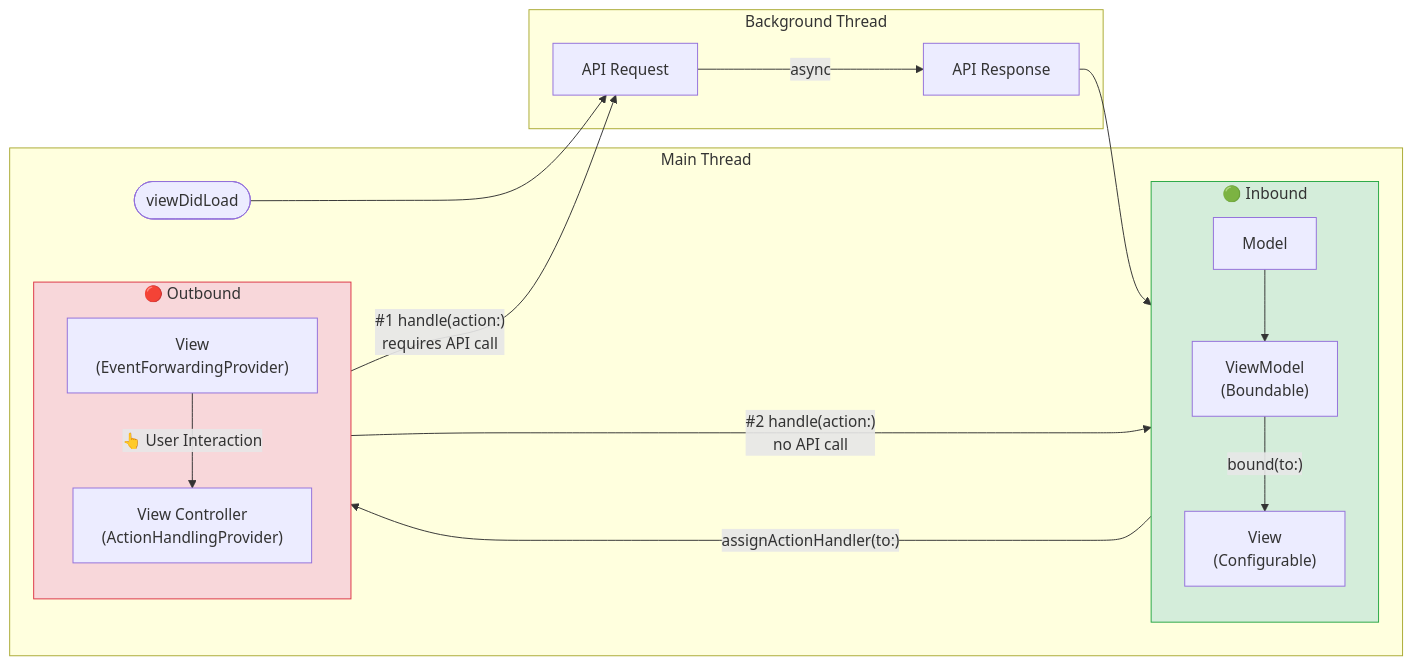
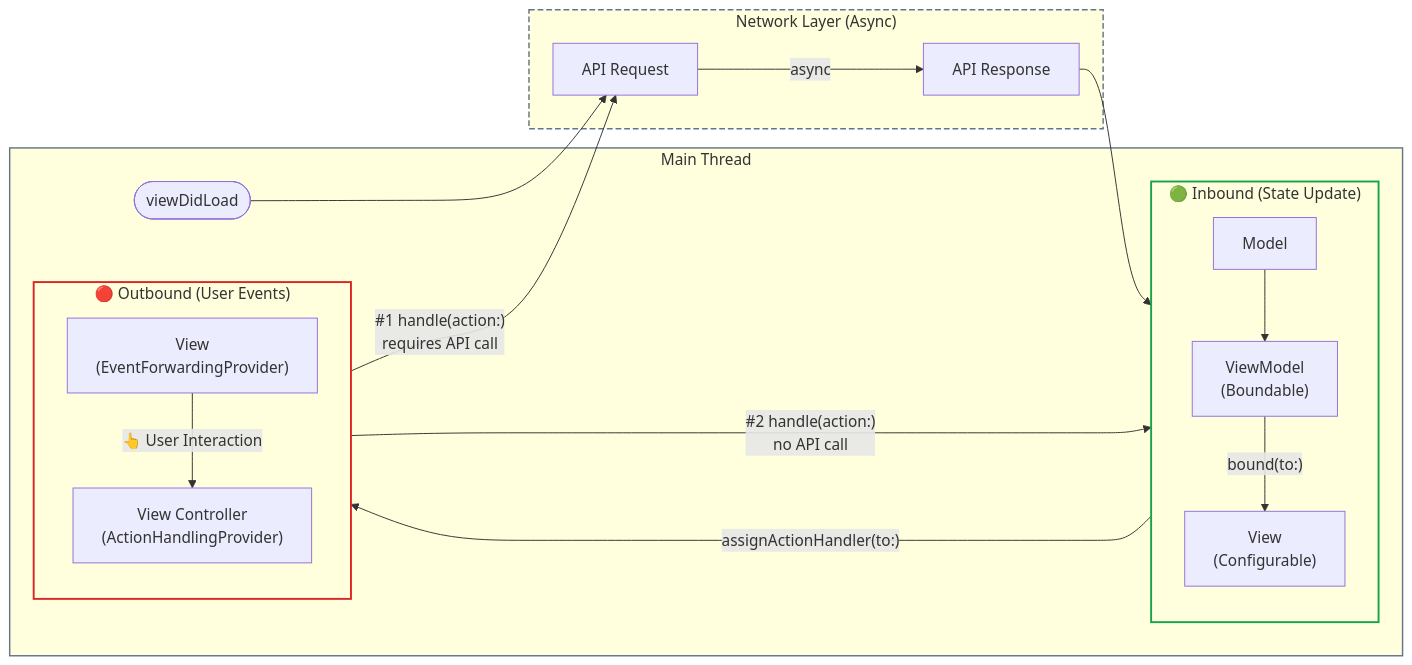
One commit to dSunny90/SendingState changed the first of 2 diagrams in README.md. Above: the diagram before and after it, drawn with Mermaid.

Commit message:
docs: improve README mermaid flowchart layout

````diff
--- a/README.md
+++ b/README.md
@@ -19,27 +19,33 @@
 ```mermaid
 flowchart LR
     subgraph MainThread["Main Thread"]
         Start(["viewDidLoad"])
-        subgraph Inbound["🟢 Inbound"]
+
+        subgraph Inbound["🟢 Inbound (State Update)"]
             direction TB
             Model["Model"] --> ViewModel["ViewModel<br/>(Boundable)"]
             ViewModel -->|"bound(to:)"| View1["View<br/>(Configurable)"]
         end
-        subgraph Outbound["🔴 Outbound"]
+
+        subgraph Outbound["🔴 Outbound (User Events)"]
             direction TB
             View2["View<br/>(EventForwardingProvider)"] -->|"👆 User Interaction"| ViewController["View Controller<br/>(ActionHandlingProvider)"]
         end
     end
-    subgraph BgThread["Background Thread"]
+
+    subgraph BgThread["Network Layer (Async)"]
         Request["API Request"] -->|"async"| Response["API Response"]
     end
 
     Start --> Request
     Response --> Inbound
     Inbound -->|"assignActionHandler(to:)"| Outbound
+
     Outbound -->|"#1 handle(action:)<br/>requires API call"| Request
     Outbound -->|"#2 handle(action:)<br/>no API call"| Inbound
 
-    style Inbound fill:#d4edda,stroke:#28a745
-    style Outbound fill:#f8d7da,stroke:#dc3545
+    style Inbound stroke:#16a34a,stroke-width:2px
+    style Outbound stroke:#dc2626,stroke-width:2px
+    style MainThread stroke:#64748b,stroke-width:1.5px
+    style BgThread stroke:#64748b,stroke-width:1.5px,stroke-dasharray: 6 3
 ```
````
